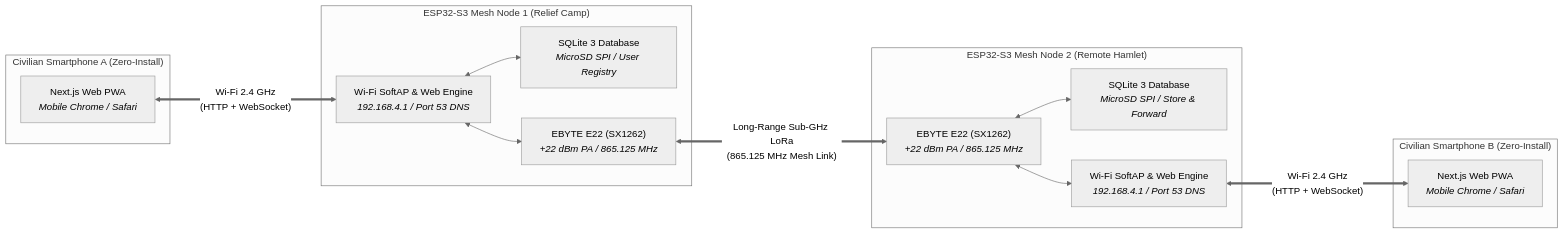
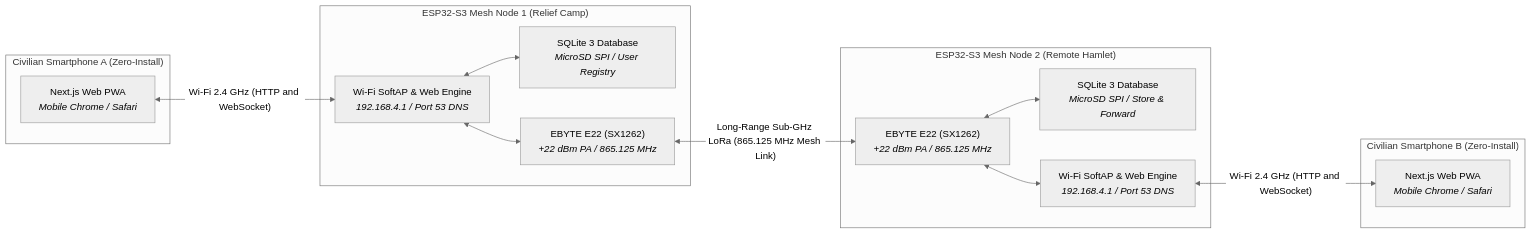
One commit to The-Usual-Idiots/LoRaResQ changed the first of 11 diagrams in BLUEPRINT.md. Above: the diagram before and after it, drawn with Mermaid (neutral theme). The commit also changed other lines of this file and 4 other files, not shown here.

Commit message:
fix(docs): sanitize all 11 Mermaid diagrams and add standalone HTML previewer

````diff
--- a/BLUEPRINT.md
+++ b/BLUEPRINT.md
@@ -54,30 +54,30 @@
 ```mermaid
 flowchart LR
     subgraph ClientA ["Civilian Smartphone A (Zero-Install)"]
         BrowserA["Next.js Web PWA<br><i>Mobile Chrome / Safari</i>"]
     end
 
     subgraph Node1 ["ESP32-S3 Mesh Node 1 (Relief Camp)"]
         AP1["Wi-Fi SoftAP & Web Engine<br><i>192.168.4.1 / Port 53 DNS</i>"]
         Storage1["SQLite 3 Database<br><i>MicroSD SPI / User Registry</i>"]
         Radio1["EBYTE E22 (SX1262)<br><i>+22 dBm PA / 865.125 MHz</i>"]
         AP1 <--> Storage1
         AP1 <--> Radio1
     end
 
     subgraph Node2 ["ESP32-S3 Mesh Node 2 (Remote Hamlet)"]
         Radio2["EBYTE E22 (SX1262)<br><i>+22 dBm PA / 865.125 MHz</i>"]
         Storage2["SQLite 3 Database<br><i>MicroSD SPI / Store & Forward</i>"]
         AP2["Wi-Fi SoftAP & Web Engine<br><i>192.168.4.1 / Port 53 DNS</i>"]
         Radio2 <--> Storage2
         Radio2 <--> AP2
     end
 
     subgraph ClientB ["Civilian Smartphone B (Zero-Install)"]
         BrowserB["Next.js Web PWA<br><i>Mobile Chrome / Safari</i>"]
     end
 
-    BrowserA <===>|"Wi-Fi 2.4 GHz<br>(HTTP + WebSocket)"| AP1
-    Radio1 <===>|"Long-Range Sub-GHz LoRa<br>(865.125 MHz Mesh Link)"| Radio2
-    AP2 <===>|"Wi-Fi 2.4 GHz<br>(HTTP + WebSocket)"| BrowserB
+    BrowserA <-->|"Wi-Fi 2.4 GHz (HTTP and WebSocket)"| AP1
+    Radio1 <-->|"Long-Range Sub-GHz LoRa (865.125 MHz Mesh Link)"| Radio2
+    AP2 <-->|"Wi-Fi 2.4 GHz (HTTP and WebSocket)"| BrowserB
 ```
````
